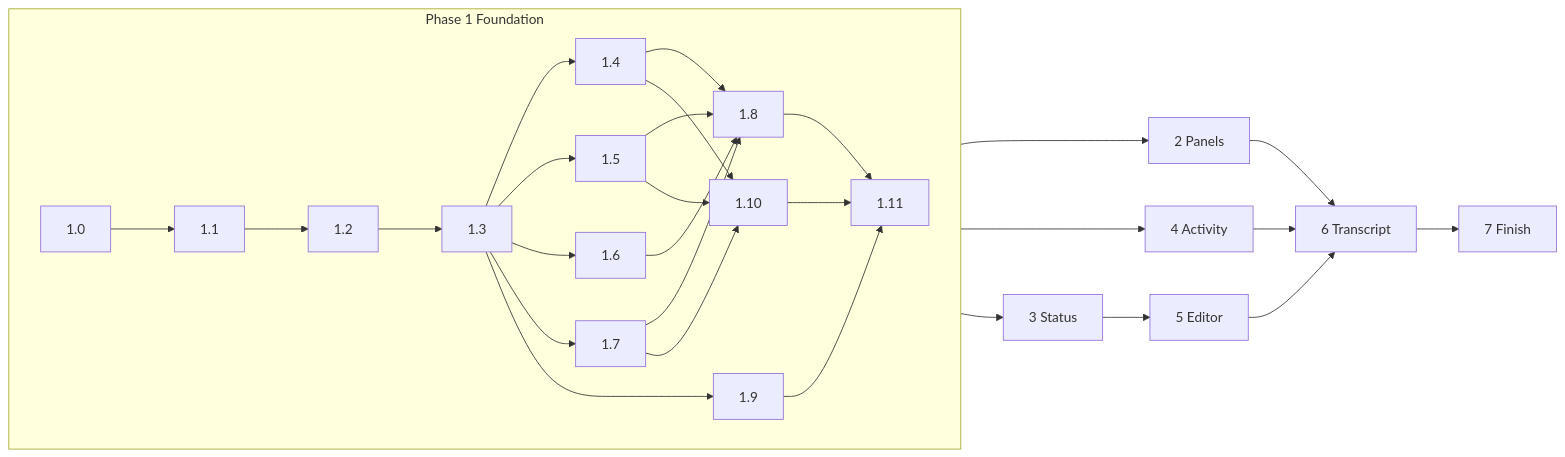
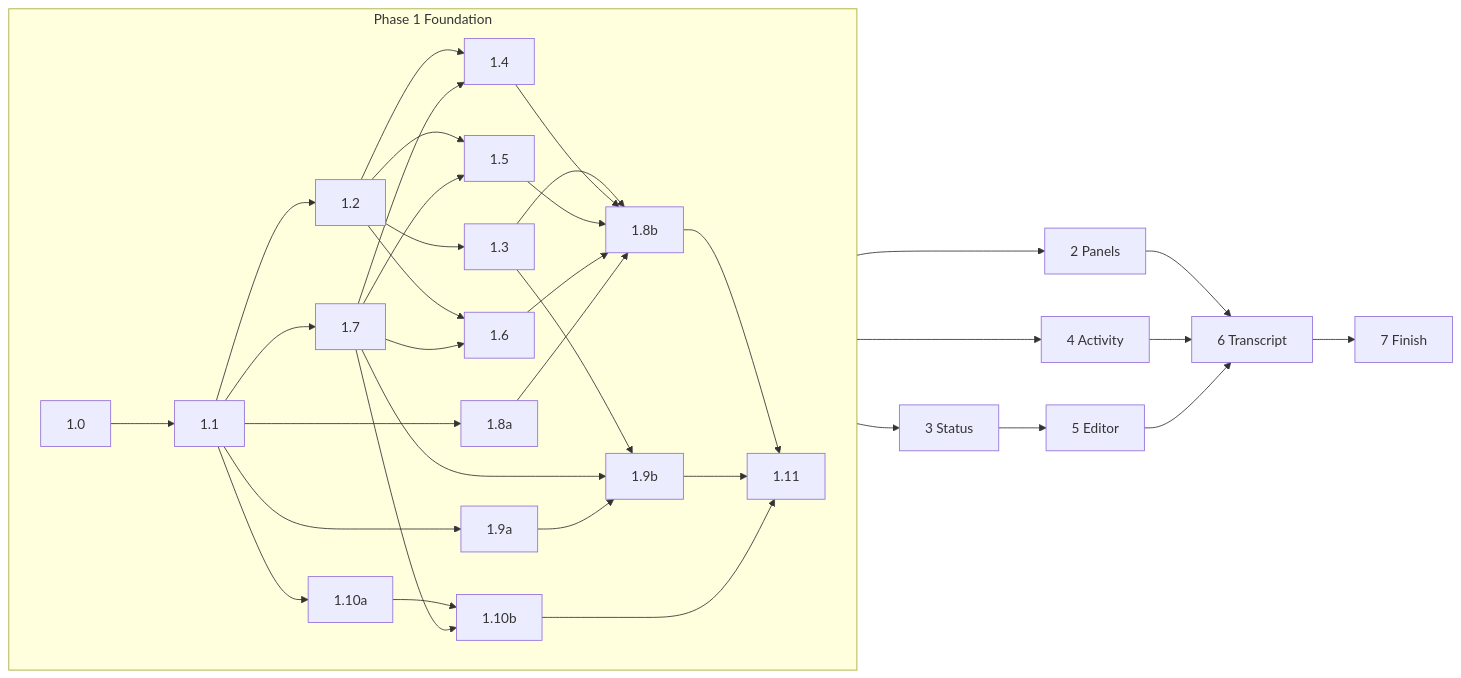
One commit to Ephemeral-AI-Lab/mayfly changed the diagram in docs/design/implementation-roadmap.md. Above: the diagram before and after it, drawn with Mermaid. The commit also changed other lines of this file, not shown here.

````diff
--- a/docs/design/implementation-roadmap.md
+++ b/docs/design/implementation-roadmap.md
@@ -442,15 +442,17 @@
 ```mermaid
 flowchart LR
   subgraph F[Phase 1 Foundation]
     direction LR
-    s0[1.0] --> s1[1.1] --> s2[1.2] --> s3[1.3]
-    s3 --> s4[1.4] & s5[1.5] & s6[1.6] & s7[1.7]
-    s4 & s5 & s6 & s7 --> s8[1.8]
-    s3 --> s9[1.9]
-    s4 & s5 & s7 --> s10[1.10]
-    s8 & s9 & s10 --> s11[1.11]
+    s0[1.0] --> s1[1.1]
+    s1 --> s2[1.2] & s7[1.7] & s10a[1.10a] & s9a[1.9a] & s8a[1.8a]
+    s2 --> s3[1.3]
+    s2 & s7 --> s4[1.4] & s5[1.5] & s6[1.6]
+    s10a & s7 --> s10b[1.10b]
+    s3 & s7 & s9a --> s9b[1.9b]
+    s3 & s4 & s5 & s6 & s8a --> s8b[1.8b]
+    s8b & s9b & s10b --> s11[1.11]
   end
   F --> n2[2 Panels] & n3[3 Status] & n4[4 Activity]
   n3 --> n5[5 Editor]
   n2 & n4 & n5 --> n6[6 Transcript] --> n7[7 Finish]
 ```
````
